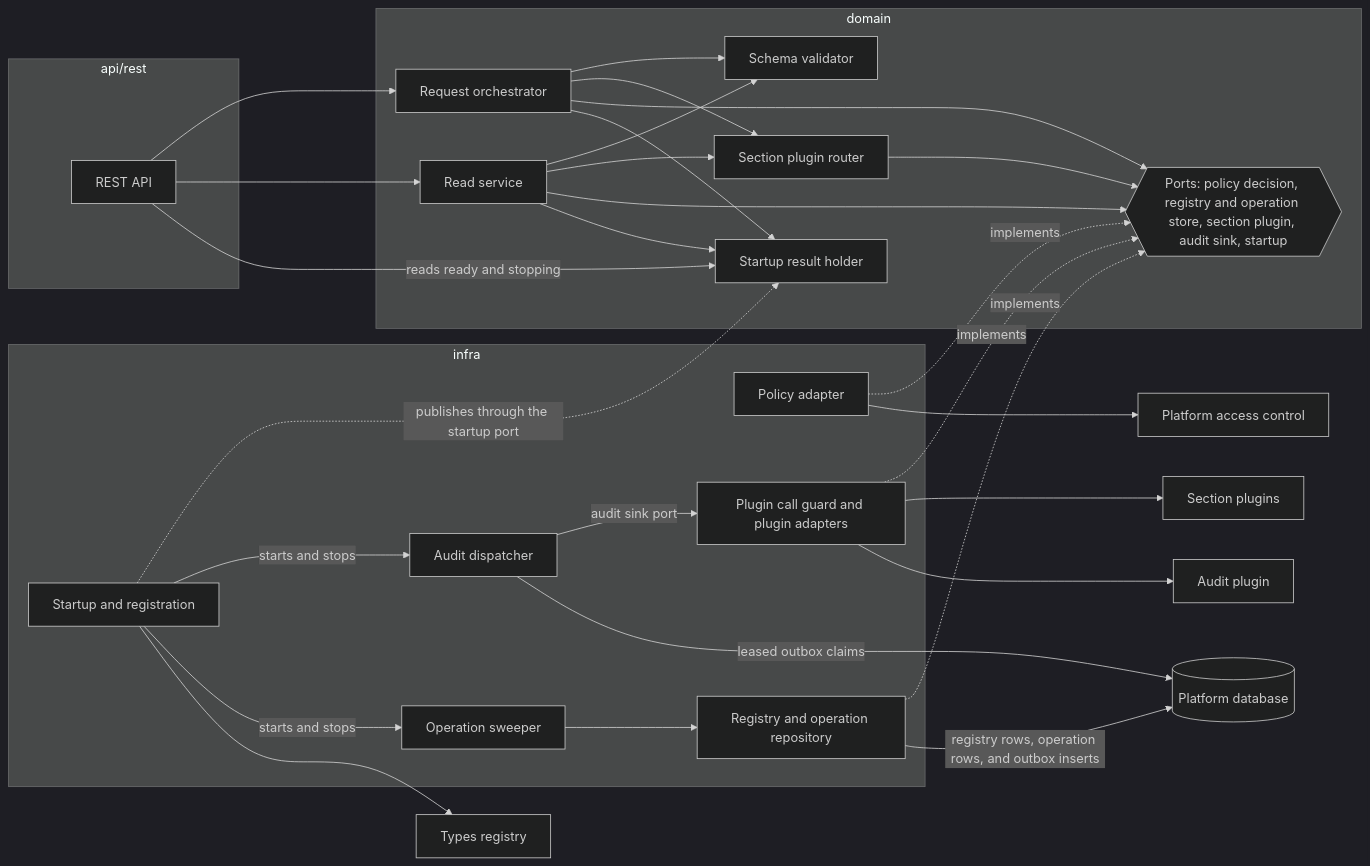
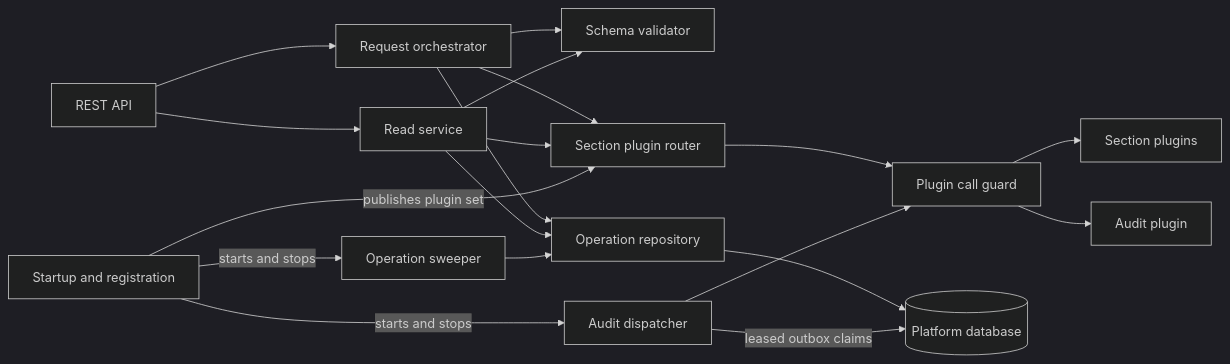
Before and after one commit to constructorfabric/gears-rust: the third of 7 diagrams in gears/system/application-manager/docs/DESIGN.md, drawn with Mermaid (dark theme). The commit also changed other lines of this file and 8 other files, not shown here.

````diff
--- a/gears/system/application-manager/docs/DESIGN.md
+++ b/gears/system/application-manager/docs/DESIGN.md
@@ -456,48 +357,21 @@
 ```mermaid
 graph LR
-    subgraph APIL["api/rest"]
-        REST[REST API]
-    end
-    subgraph DOML["domain"]
-        ORC[Request orchestrator]
-        RS[Read service]
-        VAL[Schema validator]
-        SPR[Section plugin router]
-        SRH[Startup result holder]
-        PORTS{{"Ports: policy decision, registry and operation store, section plugin, audit sink, startup"}}
-    end
-    subgraph INFL["infra"]
-        POL[Policy adapter]
-        REG[Registry and operation repository]
-        DSP[Audit dispatcher]
-        SWP[Operation sweeper]
-        GUARD[Plugin call guard and plugin adapters]
-        START[Startup and registration]
-    end
-    REST --> ORC
-    REST --> RS
-    ORC --> VAL
+    REST[REST API] --> ORC[Request orchestrator]
+    REST --> RS[Read service]
+    ORC --> VAL[Schema validator]
     RS --> VAL
-    ORC --> SPR
+    ORC --> SPR[Section plugin router]
     RS --> SPR
-    ORC --> PORTS
-    RS --> PORTS
-    SPR --> PORTS
-    POL -. implements .-> PORTS
-    REG -. implements .-> PORTS
-    GUARD -. implements .-> PORTS
-    START -.->|"publishes through the startup port"| SRH
+    ORC --> REP[Operation repository]
+    RS --> REP
+    SWP[Operation sweeper] --> REP
+    SPR --> GUARD[Plugin call guard]
+    DSP[Audit dispatcher] --> GUARD
+    GUARD --> SP[Section plugins]
+    GUARD --> AP[Audit plugin]
+    REP --> DB[(Platform database)]
+    DSP -->|"leased outbox claims"| DB
+    START[Startup and registration] -->|"publishes plugin set"| SPR
     START -->|"starts and stops"| DSP
     START -->|"starts and stops"| SWP
-    SWP --> REG
-    REST -->|"reads ready and stopping"| SRH
-    ORC --> SRH
-    RS --> SRH
-    DSP -->|"audit sink port"| GUARD
-    GUARD --> SP[Section plugins]
-    GUARD --> AP[Audit plugin]
-    POL --> PDP[Platform access control]
-    REG -->|"registry rows, operation rows, and outbox inserts"| DB[(Platform database)]
-    DSP -->|"leased outbox claims"| DB
-    START --> TY[Types registry]
 ```
````
